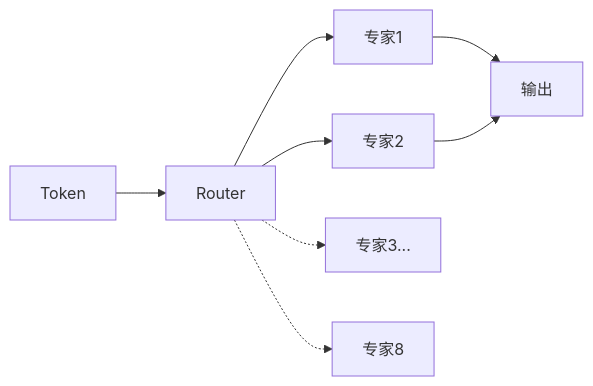
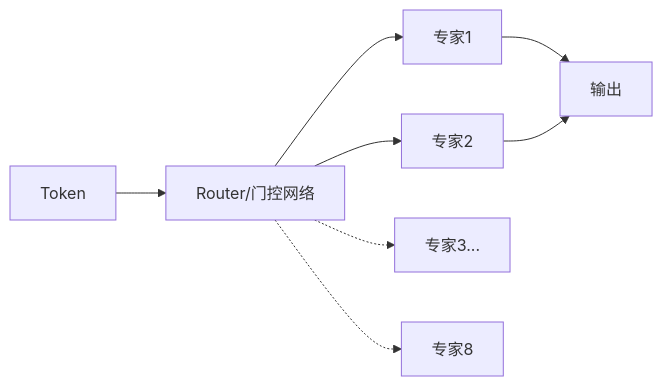
One commit to likebeans/notes-on-llms changed the second of 17 diagrams in docs/llms/training/index.md. Above: the diagram before and after it, drawn with Mermaid. The commit also changed other lines of this file and 9 other files, not shown here.

Commit message:
docs: 更新training目录下所有文档 - 添加图片和详细内容

````diff
--- a/docs/llms/training/index.md
+++ b/docs/llms/training/index.md
@@ -113,10 +118,10 @@
 ```mermaid
 flowchart LR
-    T[Token] --> R[Router]
+    T[Token] --> R[Router/门控网络]
     R --> E1[专家1]
     R --> E2[专家2]
     R -.-> E3[专家3...]
     R -.-> E8[专家8]
     E1 --> O[输出]
     E2 --> O
 ```
````
